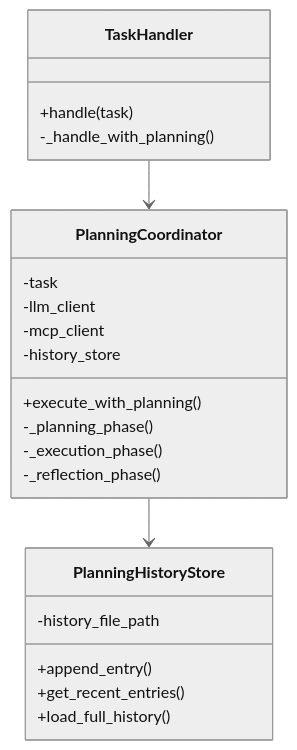
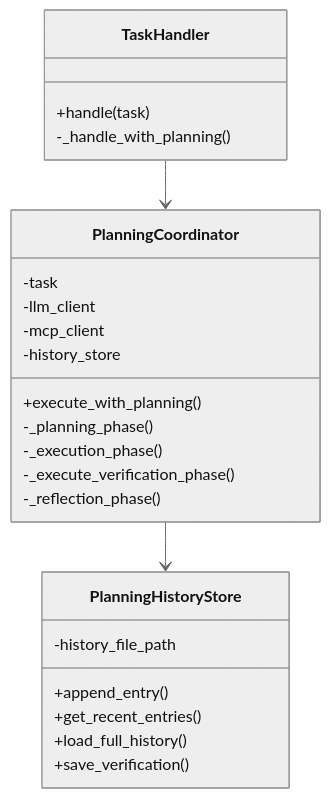
The fifth of 5 diagrams in docs/spec/PLANNING_SPECIFICATION.md (notfolder/coding_agent), drawn with Mermaid (neutral theme) before and after one commit. The commit also changed other lines of this file and 7 other files, not shown here.

First line of the commit message:
Add verification phase to planning coordinator (#96)

````diff
--- a/docs/spec/PLANNING_SPECIFICATION.md
+++ b/docs/spec/PLANNING_SPECIFICATION.md
@@ -248,28 +353,30 @@
 ```mermaid
 classDiagram
     class PlanningCoordinator {
         -task
         -llm_client
         -mcp_client
         -history_store
         +execute_with_planning()
         -_planning_phase()
         -_execution_phase()
+        -_execute_verification_phase()
         -_reflection_phase()
     }
     
     class PlanningHistoryStore {
         -history_file_path
         +append_entry()
         +get_recent_entries()
         +load_full_history()
+        +save_verification()
     }
     
     class TaskHandler {
         +handle(task)
         -_handle_with_planning()
     }
     
     TaskHandler --> PlanningCoordinator
     PlanningCoordinator --> PlanningHistoryStore
 ```
````
